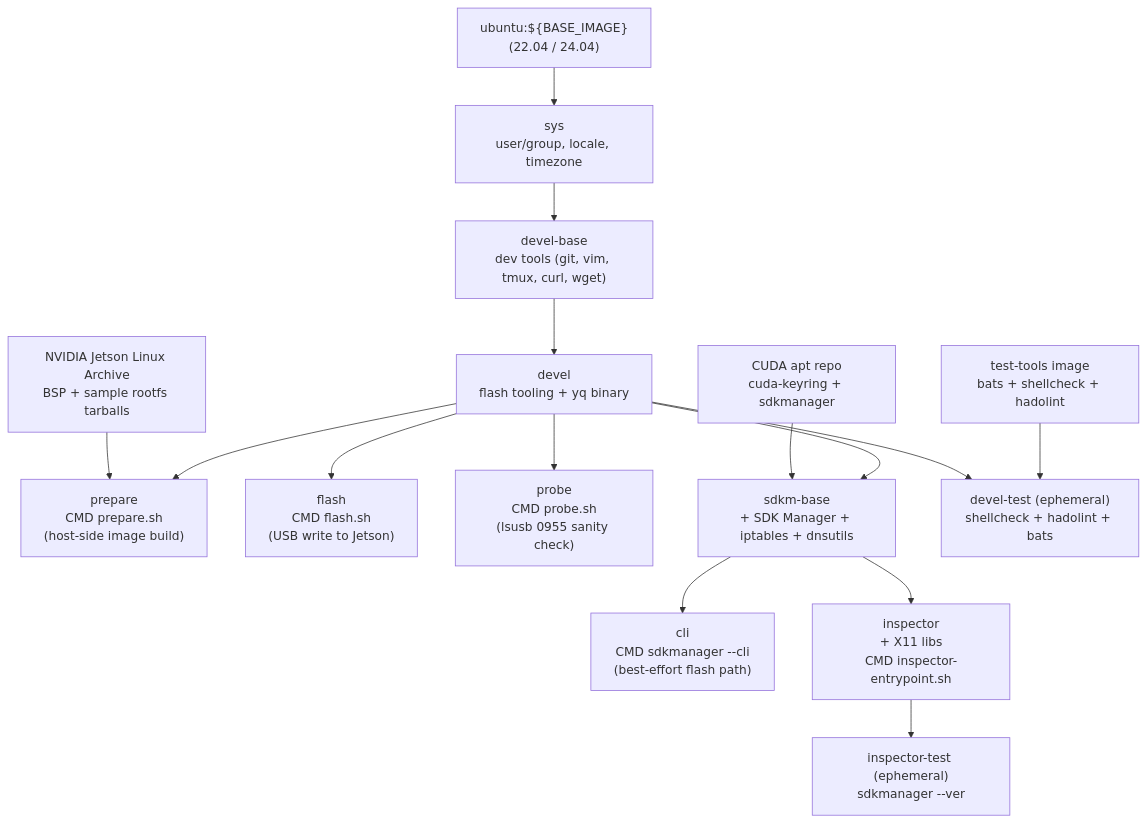
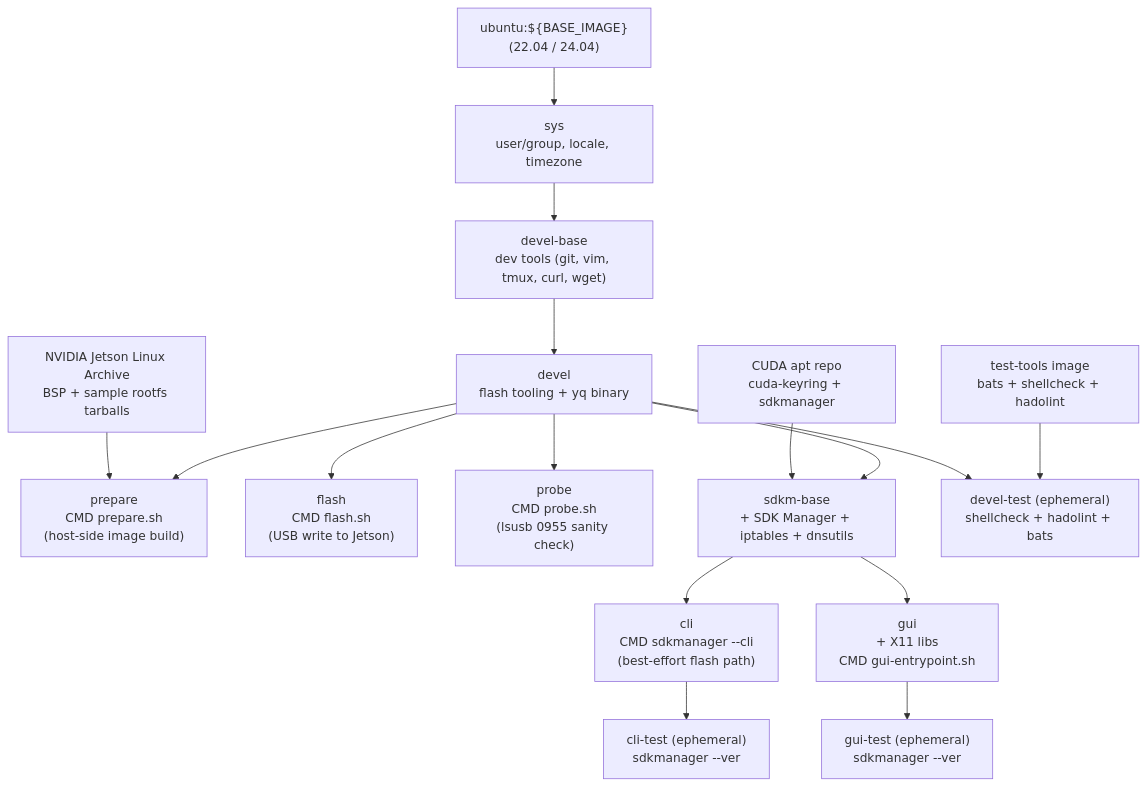
The diagram in README.md (ycpss91255-docker/jetson_sdk_manager), drawn with Mermaid before and after one commit. The commit also changed other lines of this file and 9 other files, not shown here.

````diff
--- a/README.md
+++ b/README.md
@@ -210,24 +210,25 @@
 ```mermaid
 graph TD
     EXT1["test-tools image\nbats + shellcheck + hadolint"]
     EXT2["ubuntu:${BASE_IMAGE}\n(22.04 / 24.04)"]
     EXT3["NVIDIA Jetson Linux Archive\nBSP + sample rootfs tarballs"]
     EXT4["CUDA apt repo\ncuda-keyring + sdkmanager"]
 
     EXT2 --> sys["sys\nuser/group, locale, timezone"]
     sys --> devel-base["devel-base\ndev tools (git, vim, tmux, curl, wget)"]
     devel-base --> devel["devel\nflash tooling + yq binary"]
 
     devel --> prepare["prepare\nCMD prepare.sh\n(host-side image build)"]
     EXT3 --> prepare
     devel --> flash["flash\nCMD flash.sh\n(USB write to Jetson)"]
     devel --> probe["probe\nCMD probe.sh\n(lsusb 0955 sanity check)"]
     devel --> sdkm-base["sdkm-base\n+ SDK Manager + iptables + dnsutils"]
     EXT4 --> sdkm-base
     sdkm-base --> cli["cli\nCMD sdkmanager --cli\n(best-effort flash path)"]
-    sdkm-base --> inspector["inspector\n+ X11 libs\nCMD inspector-entrypoint.sh"]
+    sdkm-base --> gui["gui\n+ X11 libs\nCMD gui-entrypoint.sh"]
 
     EXT1 --> devel-test["devel-test (ephemeral)\nshellcheck + hadolint + bats"]
     devel --> devel-test
-    inspector --> inspector-test["inspector-test (ephemeral)\nsdkmanager --ver"]
+    gui --> gui-test["gui-test (ephemeral)\nsdkmanager --ver"]
+    cli --> cli-test["cli-test (ephemeral)\nsdkmanager --ver"]
 ```
````
